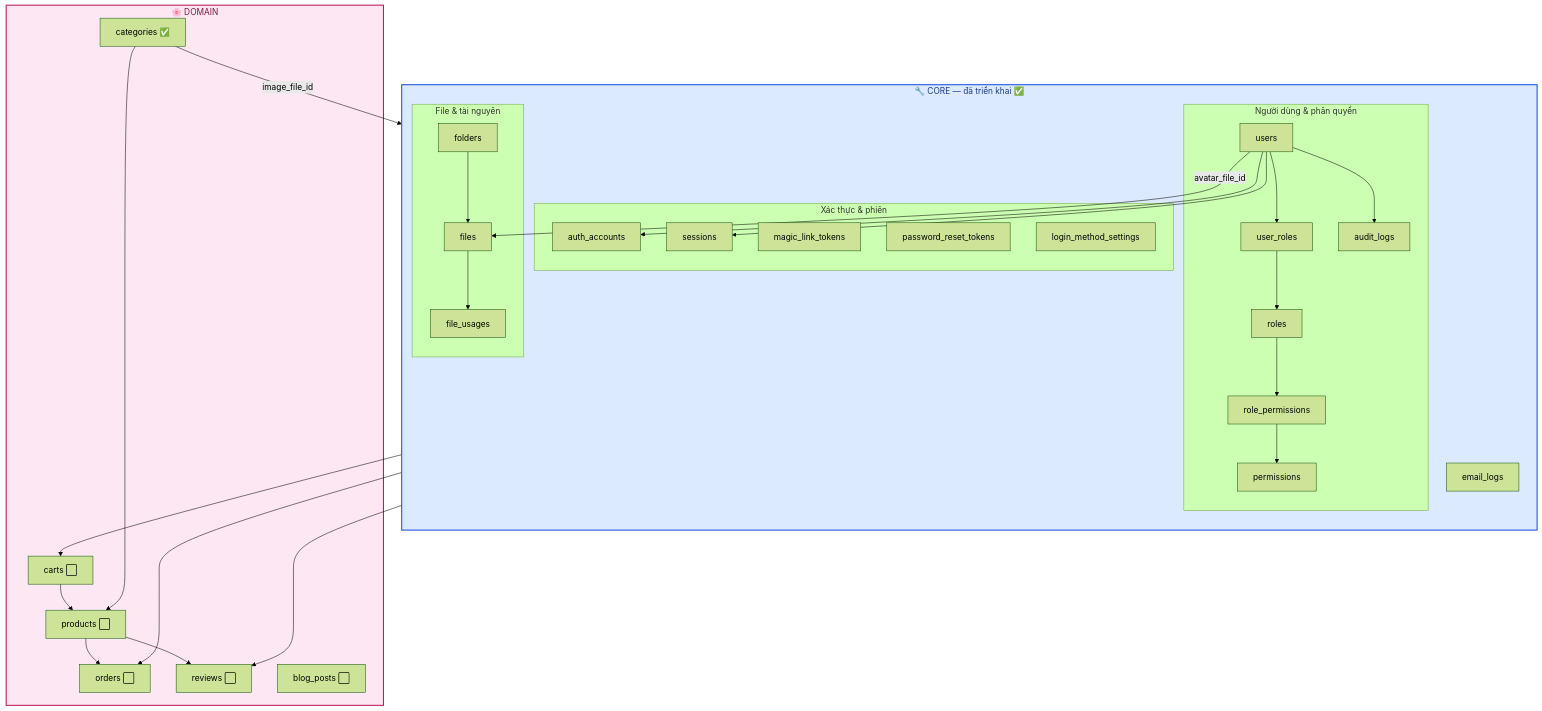
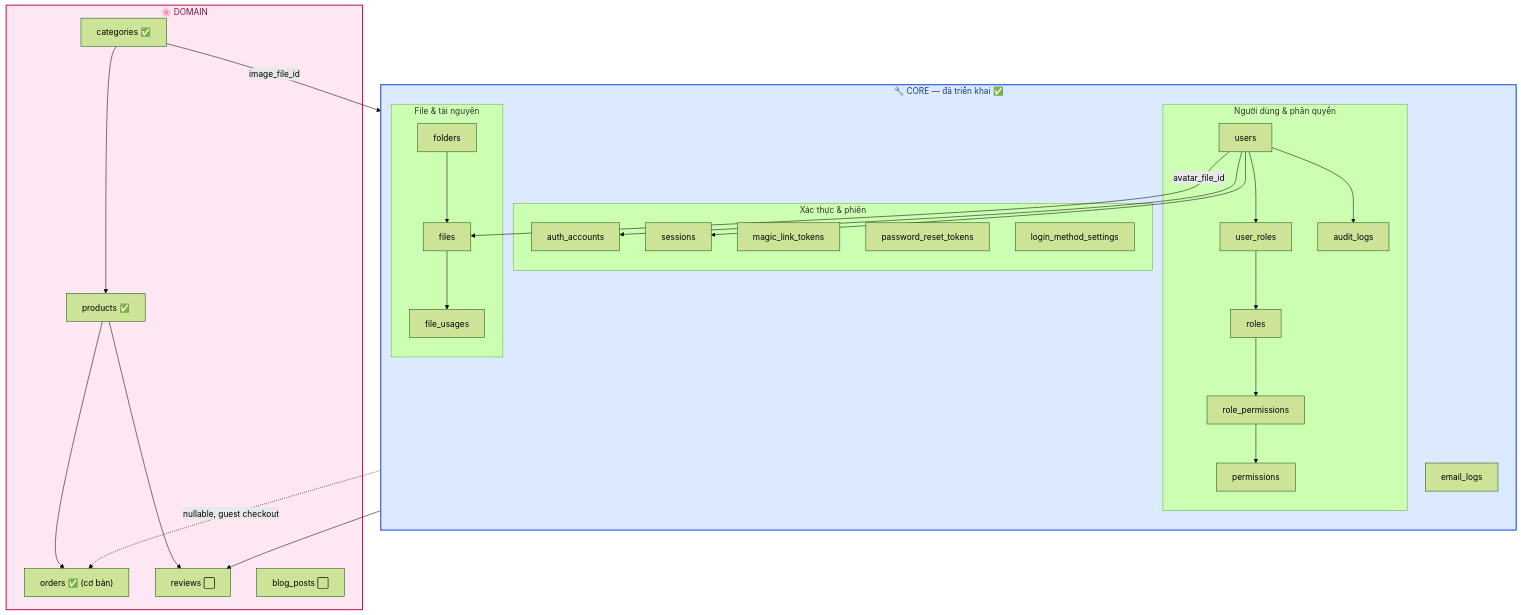
The second of 4 diagrams in docs/05-database-va-rbac.md (Hungvu0712/FLOWER), drawn with Mermaid (forest theme) before and after one commit. The commit also changed other lines of this file and 14 other files, not shown here.

First line of the commit message:
Update docs for products detail endpoint, Orders module, and honeypot

````diff
--- a/docs/05-database-va-rbac.md
+++ b/docs/05-database-va-rbac.md
@@ -334,53 +333,51 @@
 ```mermaid
 flowchart TB
     subgraph CORE["🔧 CORE — đã triển khai ✅"]
         direction TB
         subgraph IDENT["Người dùng & phân quyền"]
             U[users]
             UR[user_roles]
             RO[roles]
             RP[role_permissions]
             PE[permissions]
             AL[audit_logs]
         end
         subgraph AUTHG["Xác thực & phiên"]
             AA[auth_accounts]
             SE[sessions]
             ML[magic_link_tokens]
             PR[password_reset_tokens]
             LM[login_method_settings]
         end
         subgraph FILESG["File & tài nguyên"]
             FO[folders]
             FI[files]
             FU[file_usages]
         end
         EL[email_logs]
     end
 
     subgraph DOMAIN["🌸 DOMAIN"]
         CA["categories ✅"]
-        PRD["products ⬜"]
-        ORD["orders ⬜"]
-        CART["carts ⬜"]
+        PRD["products ✅"]
+        ORD["orders ✅ (cơ bản)"]
         REV["reviews ⬜"]
         BLOG["blog_posts ⬜"]
     end
 
     U --> UR --> RO --> RP --> PE
     U --> AA
     U --> SE
     U --> AL
     U -->|avatar_file_id| FI
     FO --> FI --> FU
     CA -->|image_file_id| FI
     PRD --> ORD
-    U --> ORD
-    U --> CART --> PRD
+    U -.->|nullable, guest checkout| ORD
     PRD --> REV
     U --> REV
     CA --> PRD
 
     style CORE fill:#dbeafe,stroke:#1d4ed8,stroke-width:2px,color:#1e3a8a
     style DOMAIN fill:#fce7f3,stroke:#be185d,stroke-width:2px,color:#831843
 ```
````
